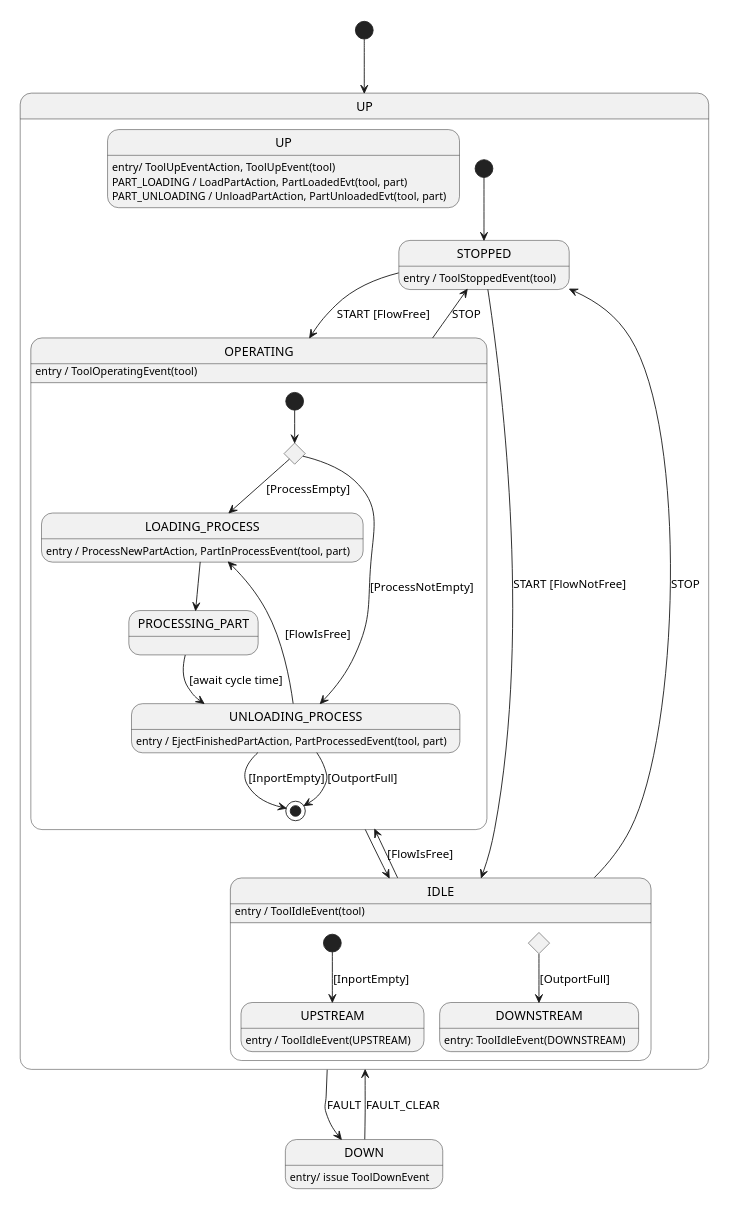
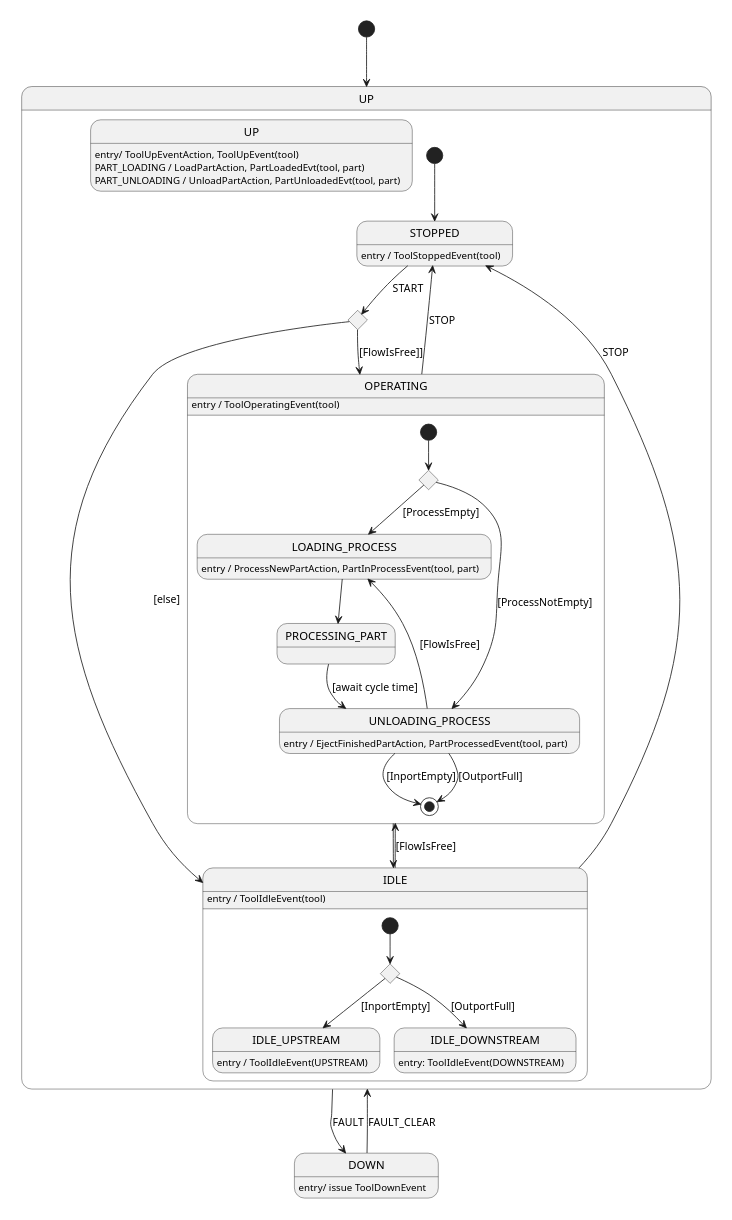
One commit to onouv/mes-tool-mock-srv changed the diagram in doc/domain/tool-5.state.puml. Above: the diagram before and after it, drawn with PlantUML. The commit also changed 2 other files, not shown here.

Commit message:
UP_CHOICE not crashing...

```diff
--- a/doc/domain/tool-5.state.puml
+++ b/doc/domain/tool-5.state.puml
@@ -1,58 +1,61 @@
 @startuml
 'https://plantuml.com/state-diagram
 skinparam defaultTextAlignment left
 scale 350 width
 
 [*] --> UP
 state DOWN : entry/ issue ToolDownEvent
 
 state UP {
     state UP: entry/ ToolUpEventAction, ToolUpEvent(tool)
     state UP: PART_LOADING / LoadPartAction, PartLoadedEvt(tool, part)
     state UP: PART_UNLOADING / UnloadPartAction, PartUnloadedEvt(tool, part)
 
     state STOPPED
+    state UP_CHOICE <<choice>>
+
     STOPPED: entry / ToolStoppedEvent(tool)
 
     [*] --> STOPPED
-    STOPPED --> OPERATING: START [FlowFree]
-    STOPPED --> IDLE: START [FlowNotFree]
+    STOPPED --> UP_CHOICE: START
+    UP_CHOICE --> OPERATING: [FlowIsFree]]
+    UP_CHOICE --> IDLE: [else]
 
     OPERATING --> STOPPED: STOP
     OPERATING --> IDLE
 
     state IDLE {
         IDLE: entry / ToolIdleEvent(tool)
-        state UPSTREAM: entry / ToolIdleEvent(UPSTREAM)
-        state DOWNSTREAM: entry: ToolIdleEvent(DOWNSTREAM)
-        state CHOICE_IDLE <<choice>>
-        [*] --> UPSTREAM: [InportEmpty]
-
-        CHOICE_IDLE --> DOWNSTREAM: [OutportFull]
+        state IDLE_UPSTREAM: entry / ToolIdleEvent(UPSTREAM)
+        state IDLE_DOWNSTREAM: entry: ToolIdleEvent(DOWNSTREAM)
+        state IDLE_CHOICE <<choice>>
+        [*] --> IDLE_CHOICE
+        IDLE_CHOICE --> IDLE_UPSTREAM: [InportEmpty]
+        IDLE_CHOICE --> IDLE_DOWNSTREAM: [OutportFull]
     }
 
     state OPERATING {
         OPERATING: entry / ToolOperatingEvent(tool)
         state LOADING_PROCESS: entry / ProcessNewPartAction, PartInProcessEvent(tool, part)
         state UNLOADING_PROCESS: entry / EjectFinishedPartAction, PartProcessedEvent(tool, part)
         state CHOICE_LOADING <<choice>>
         state PROCESSING_PART
 
         [*] --> CHOICE_LOADING
         CHOICE_LOADING --> LOADING_PROCESS: [ProcessEmpty]
         CHOICE_LOADING --> UNLOADING_PROCESS: [ProcessNotEmpty]
         LOADING_PROCESS --> PROCESSING_PART
 
         PROCESSING_PART --> UNLOADING_PROCESS: [await cycle time]
         UNLOADING_PROCESS --> LOADING_PROCESS: [FlowIsFree]
         UNLOADING_PROCESS --> [*] : [InportEmpty]
         UNLOADING_PROCESS --> [*] : [OutportFull]
     }
 
     IDLE --> OPERATING: [FlowIsFree]
     IDLE --> STOPPED: STOP
 }
 
 UP --> DOWN: FAULT
 DOWN --> UP: FAULT_CLEAR
 @enduml
```
